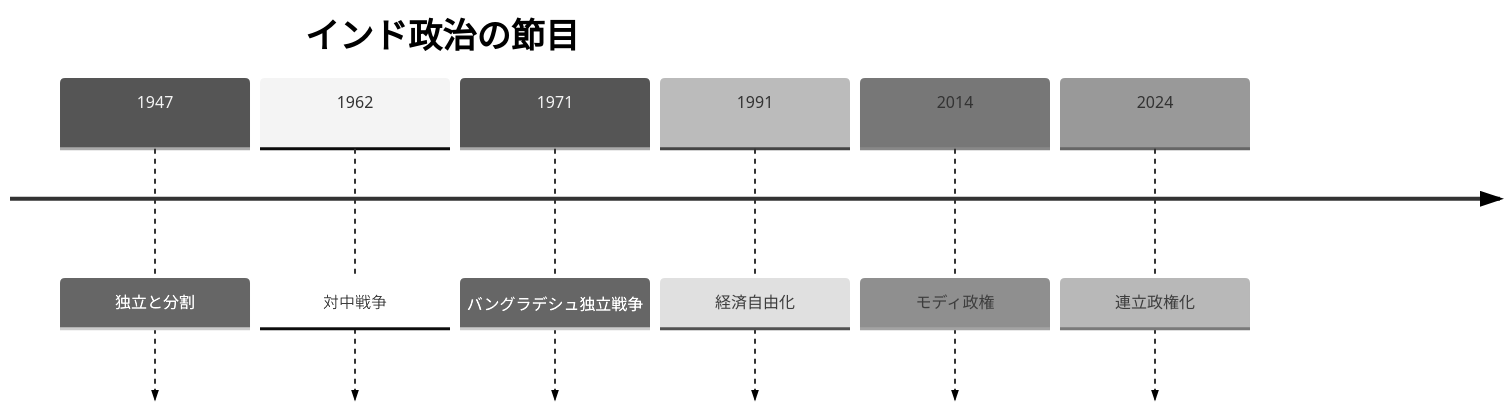
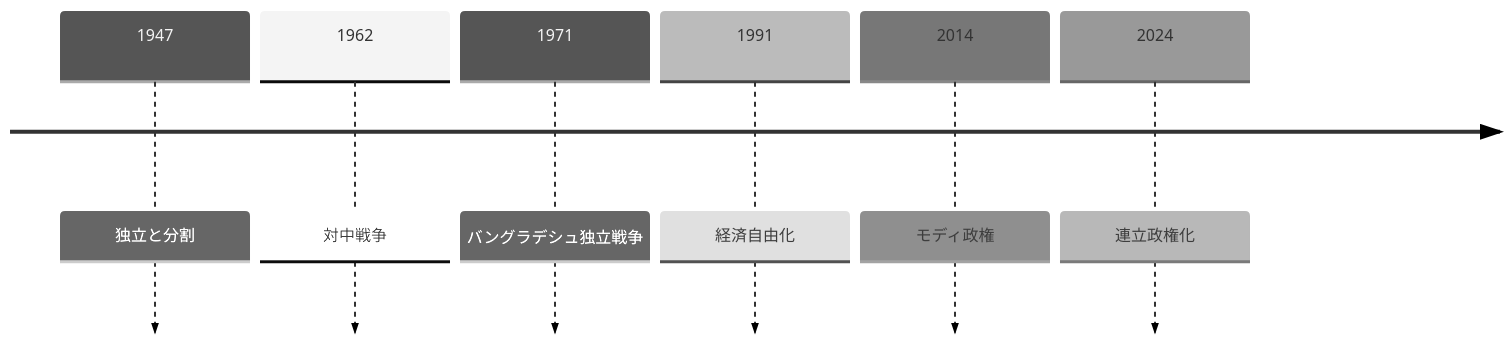
One commit to daylight55/research changed the second of 2 diagrams in articles/report/india-geopolitical-profile/ja/index.mdx. Above: the diagram before and after it, drawn with Mermaid (neutral theme). The commit also changed other lines of this file and 181 other files, not shown here.

First line of the commit message:
全記事の図解368点を再生成し、共通注意書きを削除 (#402)

````diff
--- a/articles/report/india-geopolitical-profile/ja/index.mdx
+++ b/articles/report/india-geopolitical-profile/ja/index.mdx
@@ -41,10 +49,13 @@
 ```mermaid
 timeline
-  title インド政治の節目
+  accTitle: インドの独立・戦争・経済自由化の節目
+  accDescr: 独立と分割、周辺国との戦争、経済自由化、政権と議会基盤の変化を並べる。
+  accTitle: インドの独立・戦争・経済自由化の節目
+  accDescr: 独立と分割、周辺国との戦争、経済自由化、政権と議会基盤の変化を並べる。
   1947 : 独立と分割
   1962 : 対中戦争
   1971 : バングラデシュ独立戦争
   1991 : 経済自由化
   2014 : モディ政権
   2024 : 連立政権化
 ```
````
